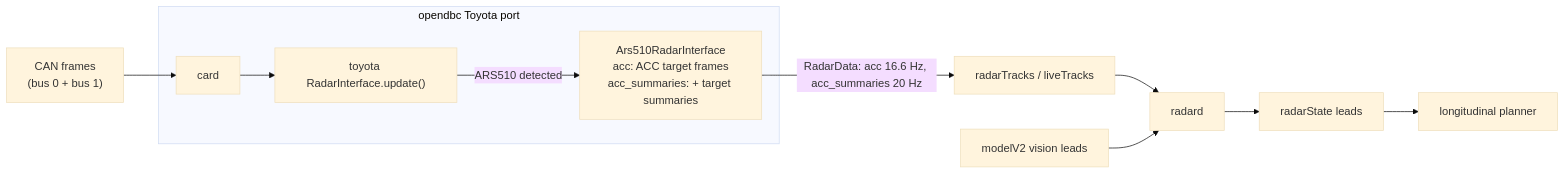
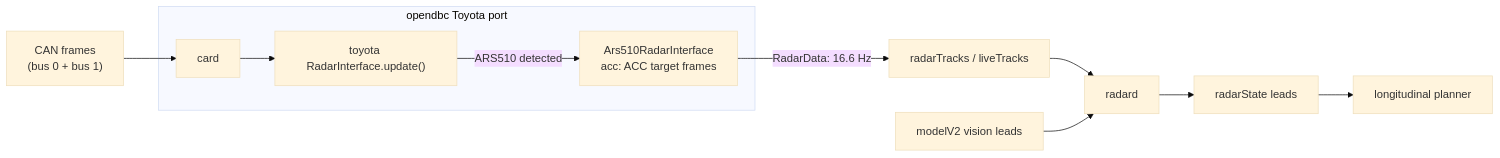
Before and after one commit to ds-sebastian/ars510-radar: the diagram in docs/08_openpilot_integration.md, drawn with Mermaid (base theme). The commit also changed other lines of this file and 30 other files, not shown here.

````diff
--- a/docs/08_openpilot_integration.md
+++ b/docs/08_openpilot_integration.md
@@ -9,11 +8,11 @@
 ```mermaid
 flowchart LR
     CAN["CAN frames<br/>(bus 0 + bus 1)"] --> card
     subgraph opendbc Toyota port
         card --> RI["toyota RadarInterface.update()"]
-        RI -- "ARS510 detected" --> A["Ars510RadarInterface<br/>acc: ACC target frames<br/>acc_summaries: + target summaries"]
+        RI -- "ARS510 detected" --> A["Ars510RadarInterface<br/>acc: ACC target frames"]
     end
-    A -- "RadarData: acc 16.6 Hz, acc_summaries 20 Hz" --> T["radarTracks / liveTracks"]
+    A -- "RadarData: 16.6 Hz" --> T["radarTracks / liveTracks"]
     T --> radard --> RS["radarState leads"] --> P[longitudinal planner]
     V["modelV2 vision leads"] --> radard
 ```
````
